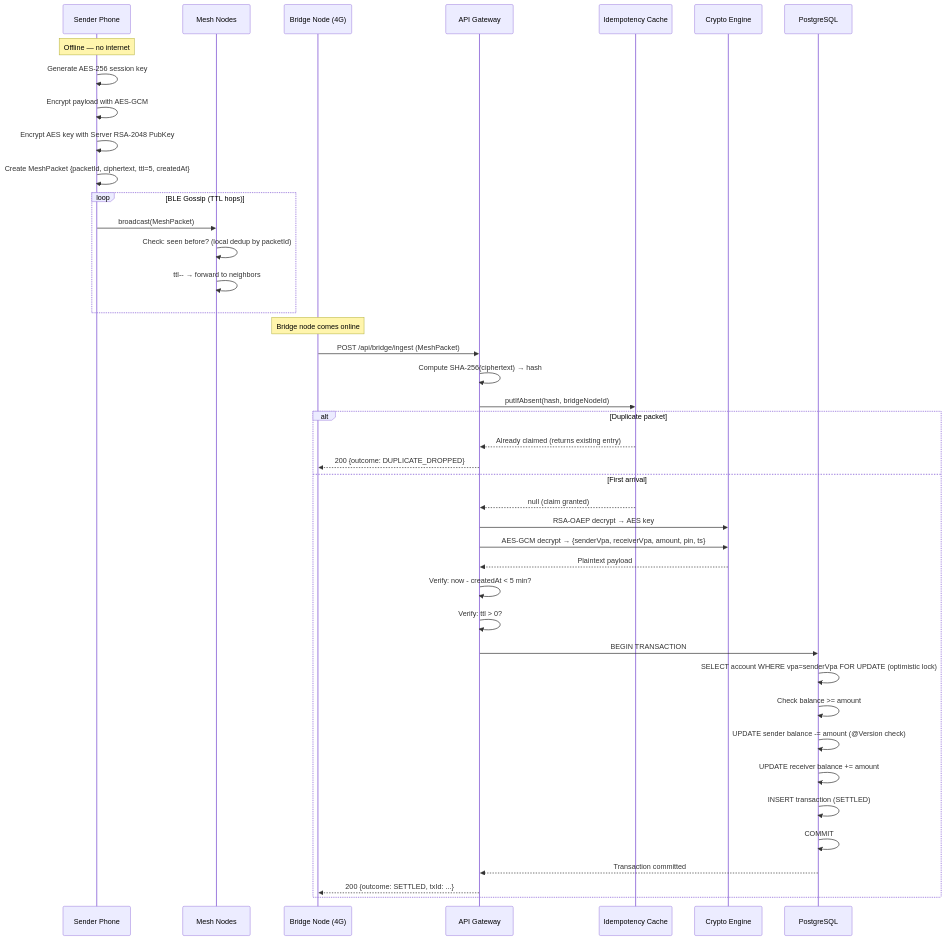
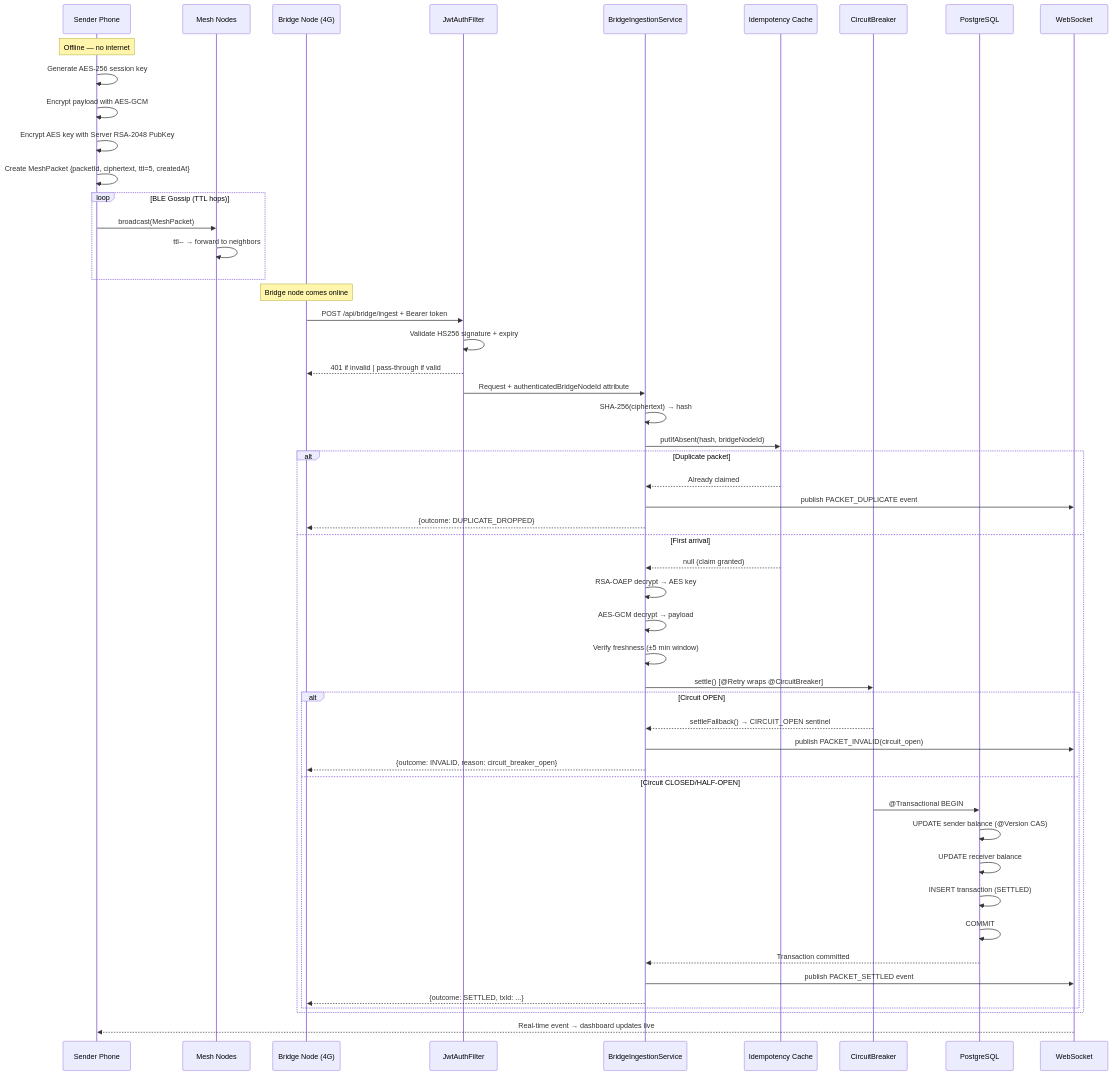
The third of 4 diagrams in README.md (nims-creation/TrustMesh), drawn with Mermaid before and after one commit. The commit also changed other lines of this file and 5 other files, not shown here.

````diff
--- a/README.md
+++ b/README.md
@@ -252,55 +291,64 @@
 ```mermaid
 sequenceDiagram
     participant S as Sender Phone
     participant M as Mesh Nodes
     participant B as Bridge Node (4G)
-    participant GW as API Gateway
+    participant JWT as JwtAuthFilter
+    participant GW as BridgeIngestionService
     participant IC as Idempotency Cache
-    participant CRYPTO as Crypto Engine
+    participant CB as CircuitBreaker
     participant DB as PostgreSQL
+    participant WS as WebSocket
 
     Note over S: Offline — no internet
 
     S->>S: Generate AES-256 session key
     S->>S: Encrypt payload with AES-GCM
     S->>S: Encrypt AES key with Server RSA-2048 PubKey
     S->>S: Create MeshPacket {packetId, ciphertext, ttl=5, createdAt}
 
     loop BLE Gossip (TTL hops)
         S->>M: broadcast(MeshPacket)
-        M->>M: Check: seen before? (local dedup by packetId)
         M->>M: ttl-- → forward to neighbors
     end
 
     Note over B: Bridge node comes online
 
-    B->>GW: POST /api/bridge/ingest (MeshPacket)
-    GW->>GW: Compute SHA-256(ciphertext) → hash
+    B->>JWT: POST /api/bridge/ingest + Bearer token
+    JWT->>JWT: Validate HS256 signature + expiry
+    JWT-->>B: 401 if invalid | pass-through if valid
 
+    JWT->>GW: Request + authenticatedBridgeNodeId attribute
+    GW->>GW: SHA-256(ciphertext) → hash
     GW->>IC: putIfAbsent(hash, bridgeNodeId)
 
     alt Duplicate packet
-        IC-->>GW: Already claimed (returns existing entry)
-        GW-->>B: 200 {outcome: DUPLICATE_DROPPED}
+        IC-->>GW: Already claimed
+        GW->>WS: publish PACKET_DUPLICATE event
+        GW-->>B: {outcome: DUPLICATE_DROPPED}
     else First arrival
         IC-->>GW: null (claim granted)
+        GW->>GW: RSA-OAEP decrypt → AES key
+        GW->>GW: AES-GCM decrypt → payload
+        GW->>GW: Verify freshness (±5 min window)
 
-        GW->>CRYPTO: RSA-OAEP decrypt → AES key
-        GW->>CRYPTO: AES-GCM decrypt → {senderVpa, receiverVpa, amount, pin, ts}
-        CRYPTO-->>GW: Plaintext payload
+        GW->>CB: settle() [@Retry wraps @CircuitBreaker]
 
-        GW->>GW: Verify: now - createdAt < 5 min?
-        GW->>GW: Verify: ttl > 0?
+        alt Circuit OPEN
+            CB-->>GW: settleFallback() → CIRCUIT_OPEN sentinel
+            GW->>WS: publish PACKET_INVALID(circuit_open)
+            GW-->>B: {outcome: INVALID, reason: circuit_breaker_open}
+        else Circuit CLOSED/HALF-OPEN
+            CB->>DB: @Transactional BEGIN
+            DB->>DB: UPDATE sender balance (@Version CAS)
+            DB->>DB: UPDATE receiver balance
+            DB->>DB: INSERT transaction (SETTLED)
+            DB->>DB: COMMIT
+            DB-->>GW: Transaction committed
+            GW->>WS: publish PACKET_SETTLED event
+            GW-->>B: {outcome: SETTLED, txId: ...}
+        end
+    end
 
-        GW->>DB: BEGIN TRANSACTION
-        DB->>DB: SELECT account WHERE vpa=senderVpa FOR UPDATE (optimistic lock)
-        DB->>DB: Check balance >= amount
-        DB->>DB: UPDATE sender balance -= amount (@Version check)
-        DB->>DB: UPDATE receiver balance += amount
-        DB->>DB: INSERT transaction (SETTLED)
-        DB->>DB: COMMIT
-
-        DB-->>GW: Transaction committed
-        GW-->>B: 200 {outcome: SETTLED, txId: ...}
-    end
+    WS-->>S: Real-time event → dashboard updates live
 ```
````
